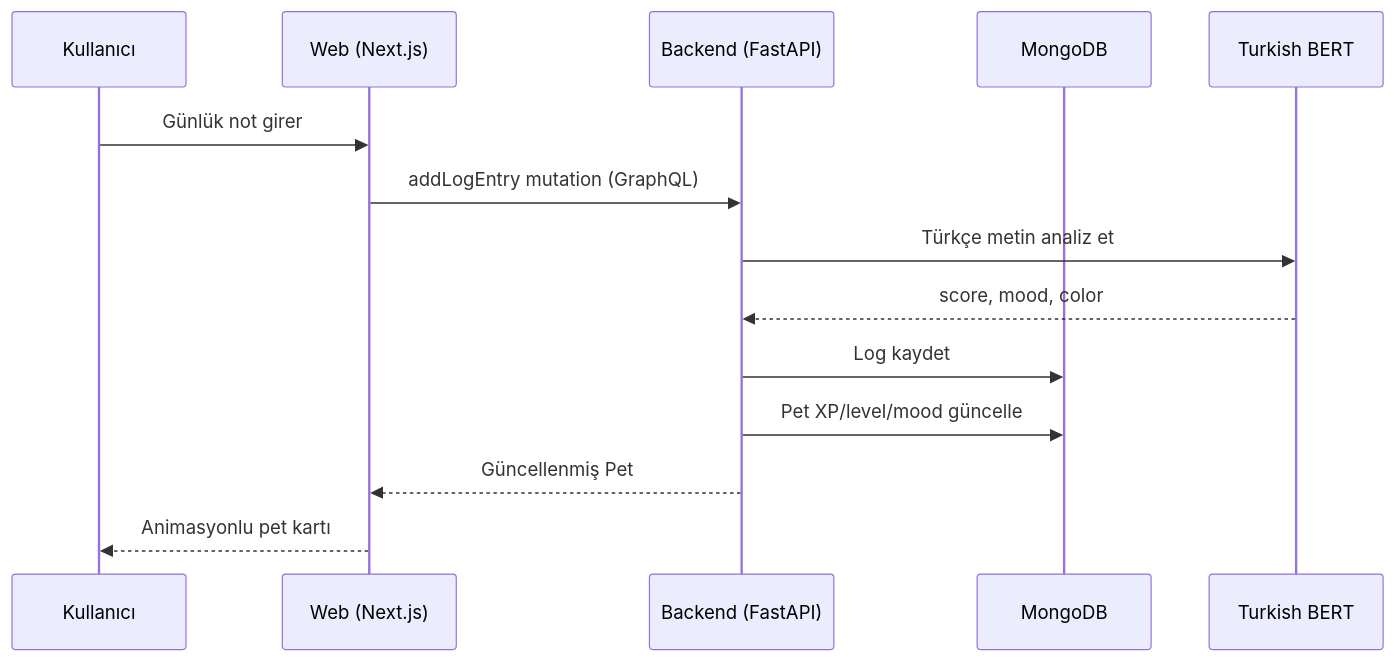
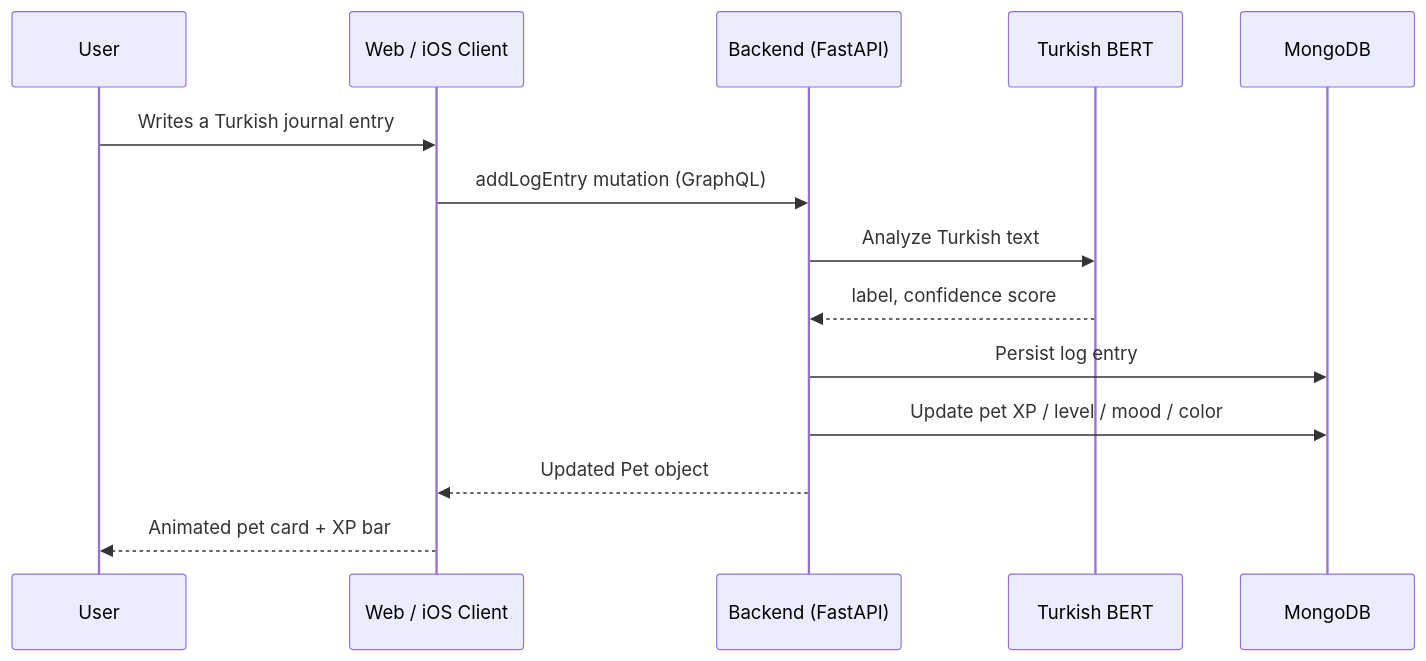
The diagram in README.md (Yigtwxx/AuraPet), drawn with Mermaid before and after one commit. The commit also changed other lines of this file, not shown here.

Commit message:
feat: implement comprehensive UI component library, design system, and core app architecture across web and iOS platforms

````diff
--- a/README.md
+++ b/README.md
@@ -11,17 +37,17 @@
 ```mermaid
 sequenceDiagram
-    participant U as Kullanıcı
-    participant W as Web (Next.js)
+    participant U as User
+    participant W as Web / iOS Client
     participant A as Backend (FastAPI)
+    participant AI as Turkish BERT
     participant M as MongoDB
-    participant AI as Turkish BERT
 
-    U->>W: Günlük not girer
+    U->>W: Writes a Turkish journal entry
     W->>A: addLogEntry mutation (GraphQL)
-    A->>AI: Türkçe metin analiz et
-    AI-->>A: score, mood, color
-    A->>M: Log kaydet
-    A->>M: Pet XP/level/mood güncelle
-    A-->>W: Güncellenmiş Pet
-    W-->>U: Animasyonlu pet kartı
+    A->>AI: Analyze Turkish text
+    AI-->>A: label, confidence score
+    A->>M: Persist log entry
+    A->>M: Update pet XP / level / mood / color
+    A-->>W: Updated Pet object
+    W-->>U: Animated pet card + XP bar
 ```
````
